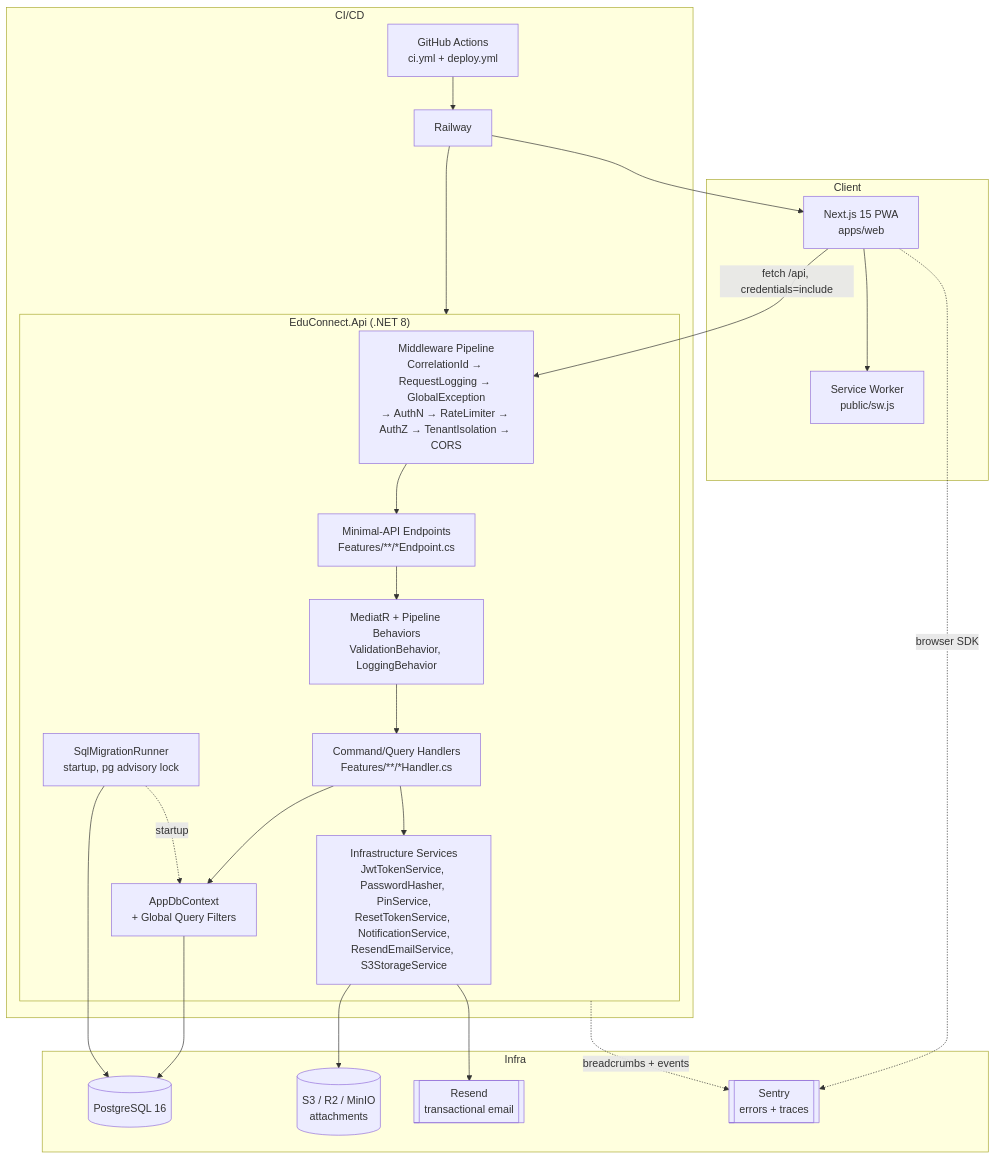
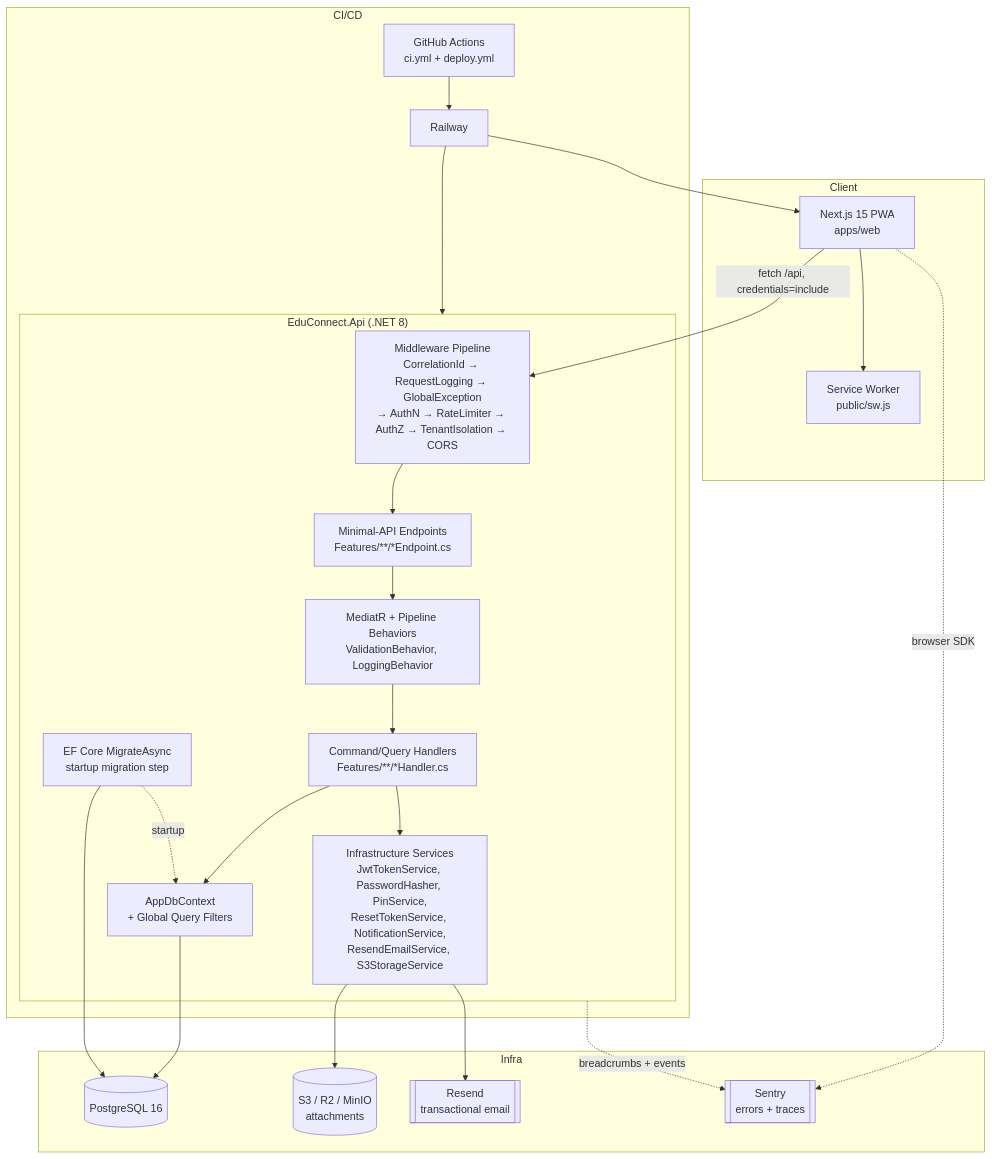
Before and after one commit to future-beyond-tech/fbt-client-educonnect: the first of 2 diagrams in PROJECT_LENS_REPORT.md, drawn with Mermaid. The commit also changed other lines of this file and 17 other files, not shown here.

Commit message:
refactor: migrate from raw SQL migration files to EF Core and update CI to verify migrations on API startup

````diff
--- a/PROJECT_LENS_REPORT.md
+++ b/PROJECT_LENS_REPORT.md
@@ -110,45 +109,45 @@
 ```mermaid
 graph TD
     subgraph Client
         PWA[Next.js 15 PWA<br/>apps/web]
         SW[Service Worker<br/>public/sw.js]
         PWA --> SW
     end
 
     subgraph API["EduConnect.Api (.NET 8)"]
         MW[Middleware Pipeline<br/>CorrelationId → RequestLogging → GlobalException<br/>→ AuthN → RateLimiter → AuthZ → TenantIsolation → CORS]
         Endpoints[Minimal-API Endpoints<br/>Features/**/*Endpoint.cs]
         MediatR[MediatR + Pipeline Behaviors<br/>ValidationBehavior, LoggingBehavior]
         Handlers[Command/Query Handlers<br/>Features/**/*Handler.cs]
         EF[AppDbContext<br/>+ Global Query Filters]
         Services[Infrastructure Services<br/>JwtTokenService, PasswordHasher, PinService,<br/>ResetTokenService, NotificationService,<br/>ResendEmailService, S3StorageService]
-        MigRunner[SqlMigrationRunner<br/>startup, pg advisory lock]
+        MigRunner[EF Core MigrateAsync<br/>startup migration step]
         MW --> Endpoints --> MediatR --> Handlers
         Handlers --> EF
         Handlers --> Services
         MigRunner -.startup.-> EF
     end
 
     subgraph Infra
         PG[(PostgreSQL 16)]
         S3[(S3 / R2 / MinIO<br/>attachments)]
         Resend[[Resend<br/>transactional email]]
         Sentry[[Sentry<br/>errors + traces]]
     end
 
     PWA -- fetch /api, credentials=include --> MW
     EF --> PG
     MigRunner --> PG
     Services --> S3
     Services --> Resend
     API -. breadcrumbs + events .-> Sentry
     PWA -. browser SDK .-> Sentry
 
     subgraph CI/CD
         GH[GitHub Actions<br/>ci.yml + deploy.yml]
         Railway[Railway]
         GH --> Railway
         Railway --> API
         Railway --> PWA
     end
 ```
````
